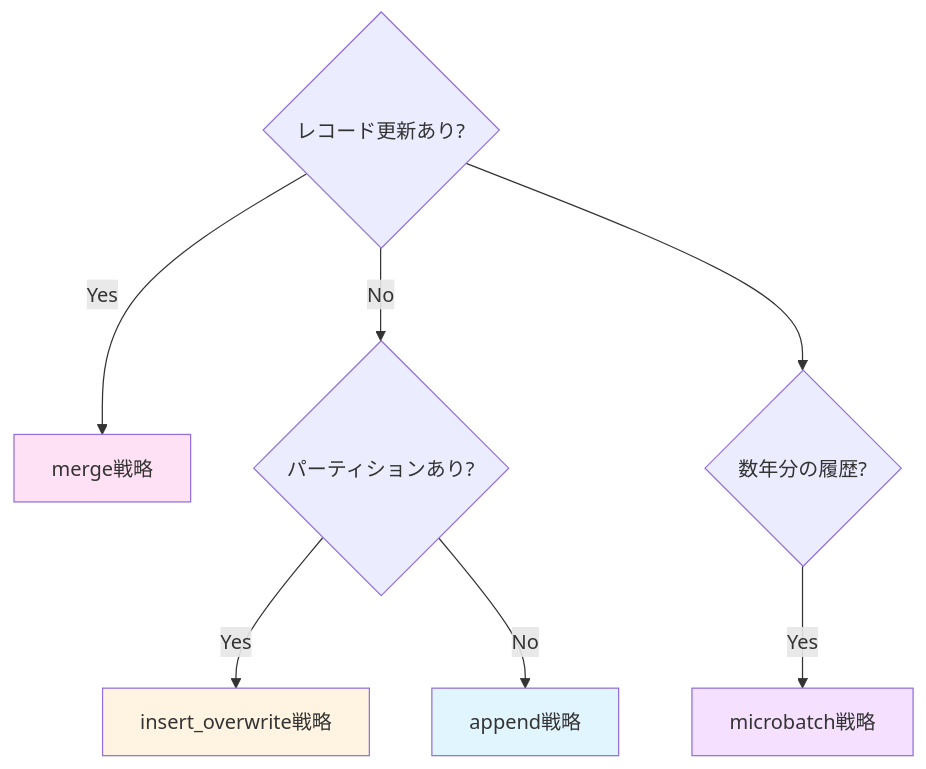
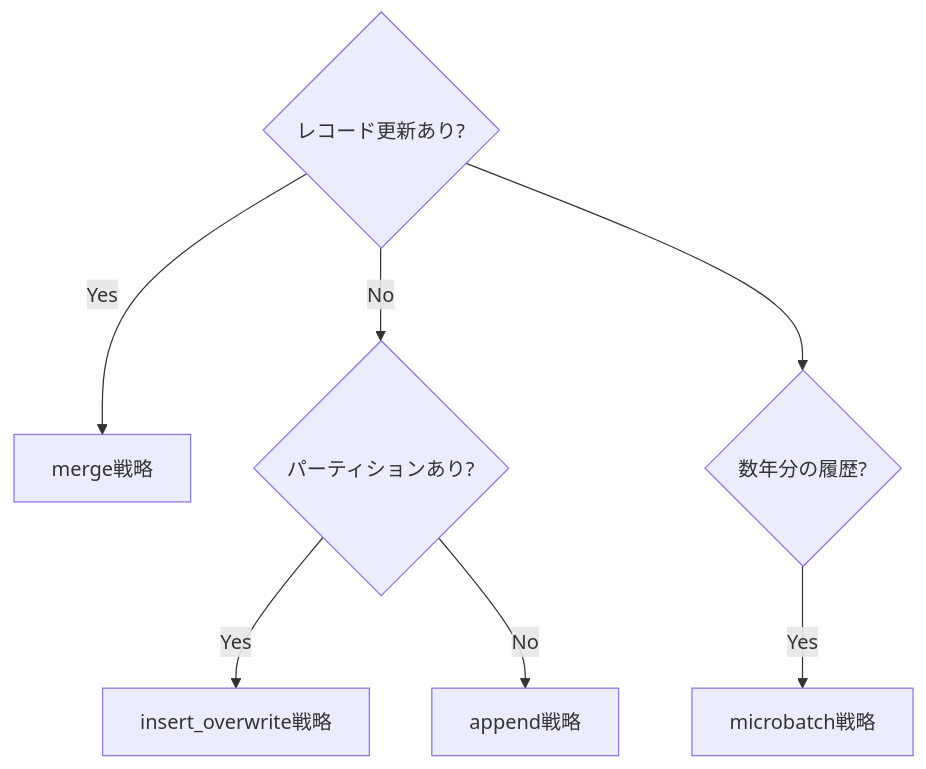
Before and after one commit to 1210yuichi0/1210yuichi0.github.io: the second of 2 diagrams in content/Tech/dbt/categories/models/incremental-strategies.md, drawn with Mermaid. The commit also changed other lines of this file and 22 other files, not shown here.

First line of the commit message:
style: remove Mermaid style directives for dark mode compatibility

````diff
--- a/content/Tech/dbt/categories/models/incremental-strategies.md
+++ b/content/Tech/dbt/categories/models/incremental-strategies.md
@@ -300,15 +296,11 @@
 ```mermaid
 graph TD
     Q1{レコード更新あり?} -->|Yes| Merge[merge戦略]
     Q1 -->|No| Q2{パーティションあり?}
     Q2 -->|Yes| InsertOver[insert_overwrite戦略]
     Q2 -->|No| Append[append戦略]
 
     Q1 --> Q3{数年分の履歴?}
     Q3 -->|Yes| Micro[microbatch戦略]
 
-    style Merge fill:#ffe1f5
-    style InsertOver fill:#fff4e1
-    style Append fill:#e1f5ff
-    style Micro fill:#f5e1ff
 ```
````
